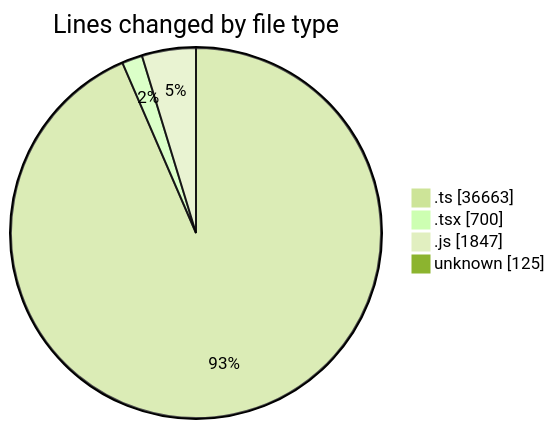
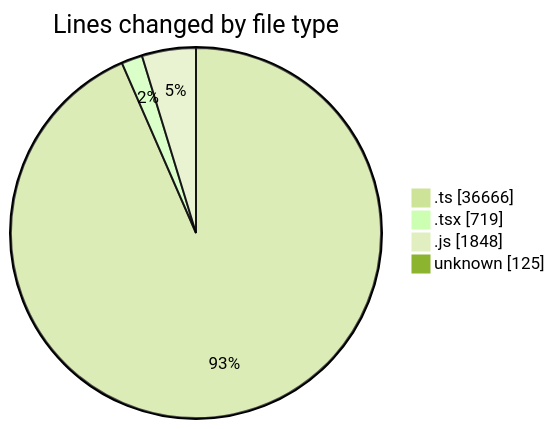
Before and after one commit to momahboobian/code-tracking: the first of 2 diagrams in 2026-09-18/cda/README.md, drawn with Mermaid (forest theme). The commit also changed other lines of this file and 1 other file, not shown here.

````diff
--- a/2026-09-18/cda/README.md
+++ b/2026-09-18/cda/README.md
@@ -39,8 +39,8 @@
 ```mermaid
 pie showData
 title Lines changed by file type
-".ts" : 36663
-".tsx" : 700
-".js" : 1847
+".ts" : 36666
+".tsx" : 719
+".js" : 1848
 "unknown" : 125
 ```
````
